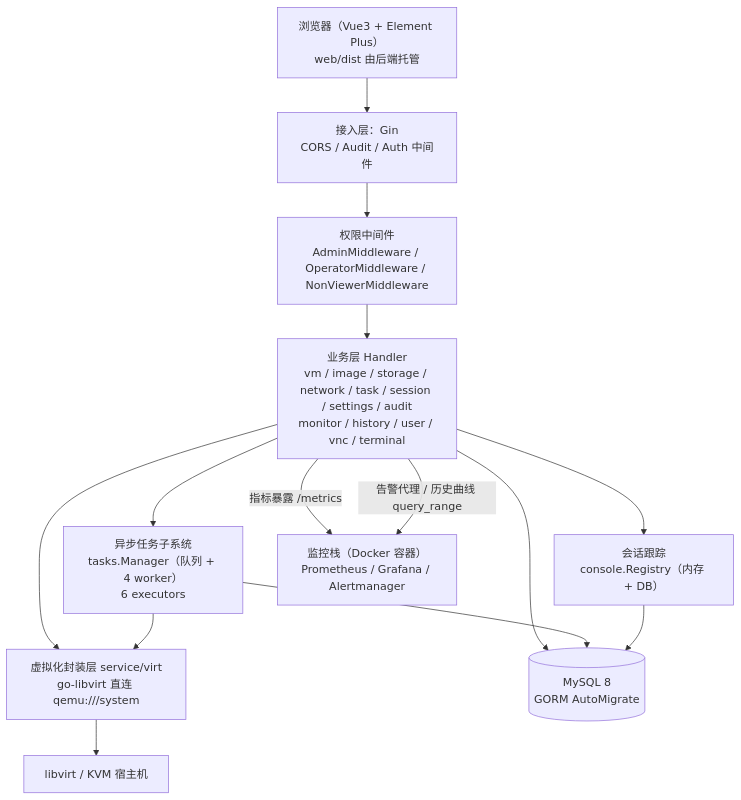
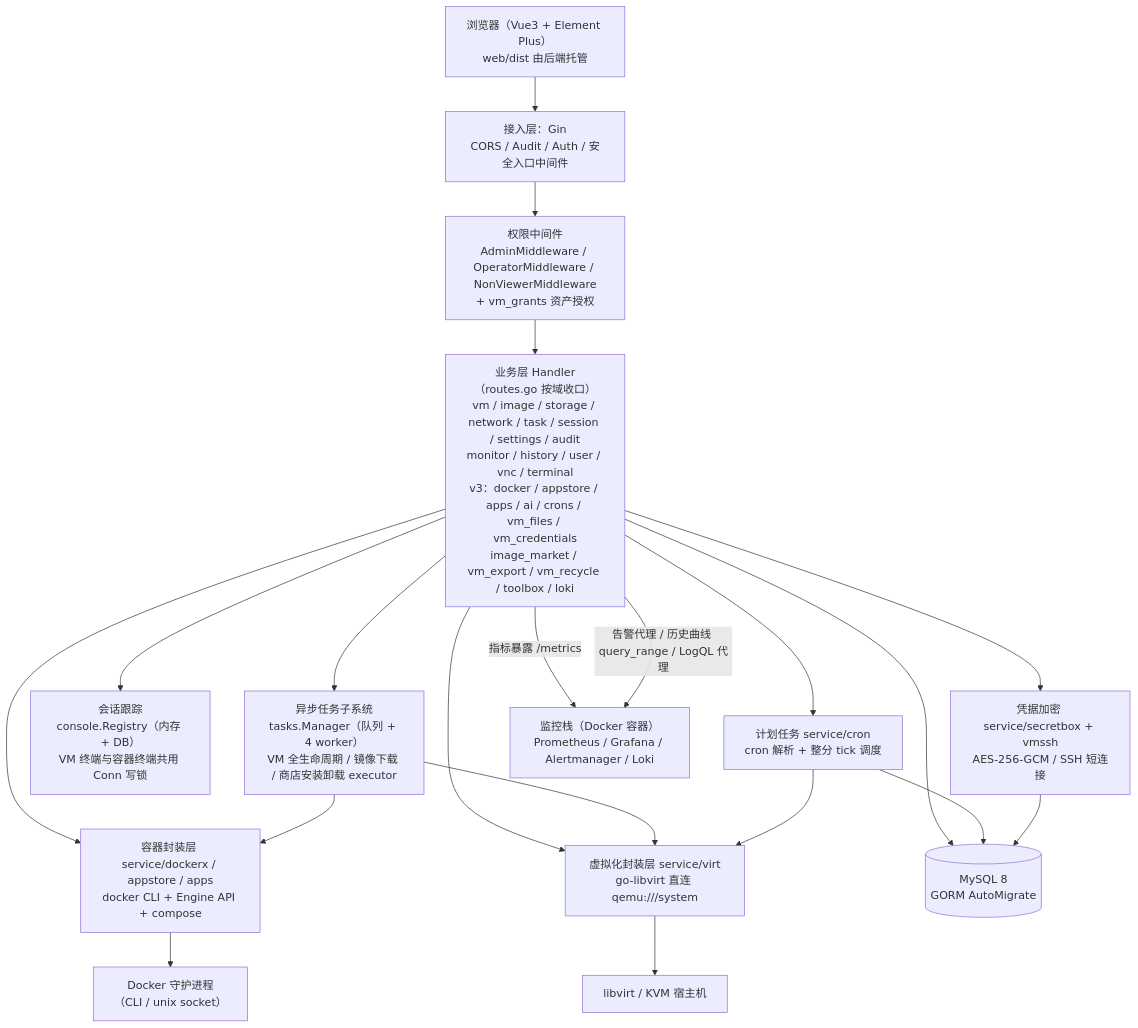
Before and after one commit to jiuzhao996/virtkite: the first of 2 diagrams in docs/03-系统总体设计.md, drawn with Mermaid. The commit also changed other lines of this file and 8 other files, not shown here.

````diff
--- a/docs/03-系统总体设计.md
+++ b/docs/03-系统总体设计.md
@@ -20,25 +20,35 @@
 ```mermaid
 flowchart TB
     Browser["浏览器（Vue3 + Element Plus）<br/>web/dist 由后端托管"]
-    Gin["接入层：Gin<br/>CORS / Audit / Auth 中间件"]
-    RBAC["权限中间件<br/>AdminMiddleware / OperatorMiddleware / NonViewerMiddleware"]
-    Handler["业务层 Handler<br/>vm / image / storage / network / task / session / settings / audit<br/>monitor / history / user / vnc / terminal"]
-    Tasks["异步任务子系统<br/>tasks.Manager（队列 + 4 worker）<br/>6 executors"]
-    SessReg["会话跟踪<br/>console.Registry（内存 + DB）"]
+    Gin["接入层：Gin<br/>CORS / Audit / Auth / 安全入口中间件"]
+    RBAC["权限中间件<br/>AdminMiddleware / OperatorMiddleware / NonViewerMiddleware<br/>+ vm_grants 资产授权"]
+    Handler["业务层 Handler（routes.go 按域收口）<br/>vm / image / storage / network / task / session / settings / audit<br/>monitor / history / user / vnc / terminal<br/>v3：docker / appstore / apps / ai / crons / vm_files / vm_credentials<br/>image_market / vm_export / vm_recycle / toolbox / loki"]
+    Tasks["异步任务子系统<br/>tasks.Manager（队列 + 4 worker）<br/>VM 全生命周期 / 镜像下载 / 商店安装卸载 executor"]
+    SessReg["会话跟踪<br/>console.Registry（内存 + DB）<br/>VM 终端与容器终端共用 Conn 写锁"]
     Virt["虚拟化封装层 service/virt<br/>go-libvirt 直连 qemu:///system"]
+    Dockerx["容器封装层 service/dockerx / appstore / apps<br/>docker CLI + Engine API + compose"]
+    Cron["计划任务 service/cron<br/>cron 解析 + 整分 tick 调度"]
+    Secret["凭据加密 service/secretbox + vmssh<br/>AES-256-GCM / SSH 短连接"]
     DB[("MySQL 8<br/>GORM AutoMigrate")]
     LV["libvirt / KVM 宿主机"]
-    Mon["监控栈（Docker 容器）<br/>Prometheus / Grafana / Alertmanager"]
+    DK["Docker 守护进程<br/>（CLI / unix socket）"]
+    Mon["监控栈（Docker 容器）<br/>Prometheus / Grafana / Alertmanager / Loki"]
     Handler -->|"指标暴露 /metrics"| Mon
-    Handler -->|"告警代理 / 历史曲线 query_range"| Mon
+    Handler -->|"告警代理 / 历史曲线 query_range / LogQL 代理"| Mon
 
     Browser --> Gin --> RBAC --> Handler
     Handler --> Tasks
     Handler --> SessReg
     Handler --> Virt
+    Handler --> Dockerx
+    Handler --> Cron
+    Handler --> Secret
     Handler --> DB
     Tasks --> Virt
-    Tasks --> DB
-    SessReg --> DB
+    Tasks --> Dockerx
+    Cron --> Virt
+    Cron --> DB
+    Secret --> DB
     Virt --> LV
+    Dockerx --> DK
 ```
````
